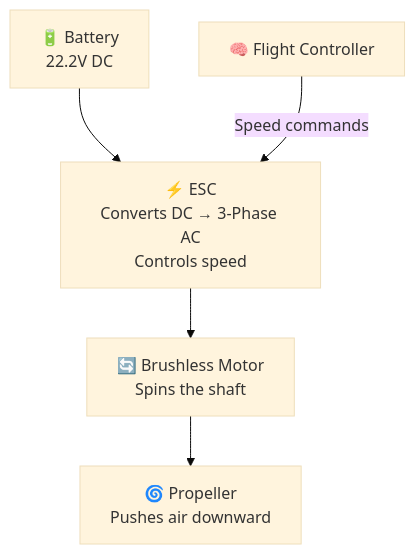
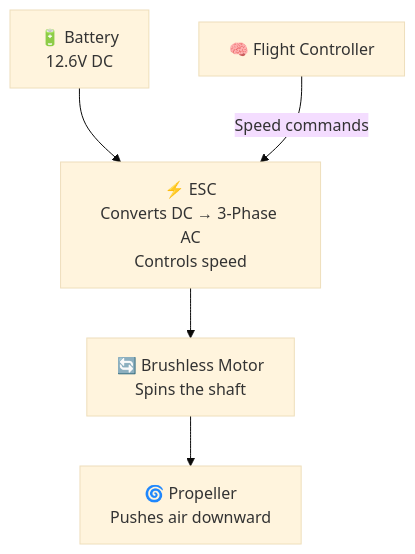
One commit to oyegunmen/JanFlight changed the second of 8 diagrams in docs/content/basics.md. Above: the diagram before and after it, drawn with Mermaid (base theme). The commit also changed other lines of this file and 19 other files, not shown here.

````diff
--- a/docs/content/basics.md
+++ b/docs/content/basics.md
@@ -112,5 +88,5 @@
 ```mermaid
 flowchart TD
-    BAT["🔋 Battery\n22.2V DC"] --> ESC["⚡ ESC\nConverts DC → 3-Phase AC\nControls speed"] --> MOT["🔄 Brushless Motor\nSpins the shaft"] --> PROP["🌀 Propeller\nPushes air downward"]
+    BAT["🔋 Battery\n12.6V DC"] --> ESC["⚡ ESC\nConverts DC → 3-Phase AC\nControls speed"] --> MOT["🔄 Brushless Motor\nSpins the shaft"] --> PROP["🌀 Propeller\nPushes air downward"]
     FC["🧠 Flight Controller"] -->|"Speed commands"| ESC
 ```
````
